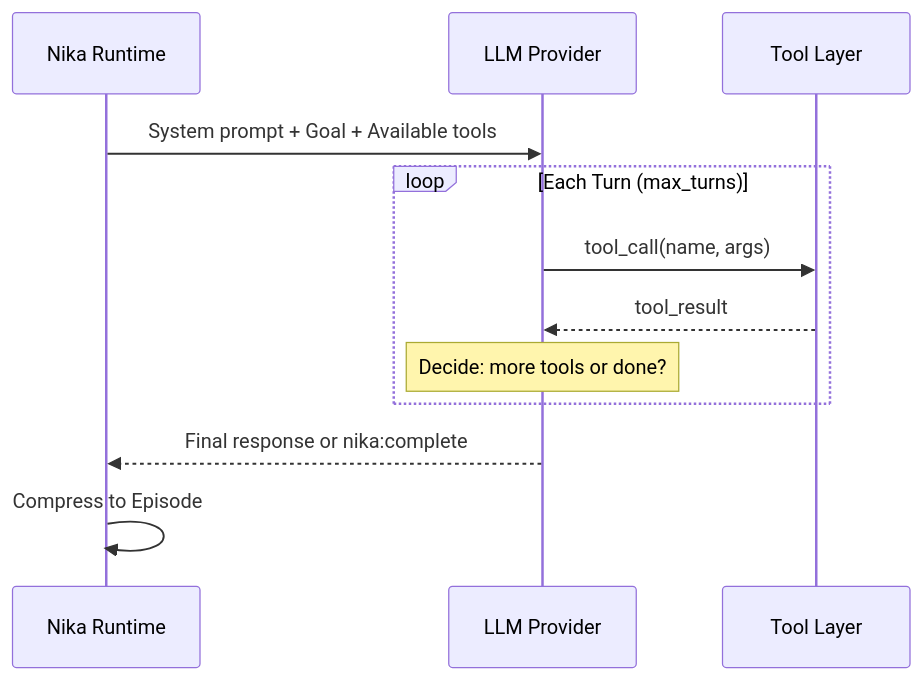
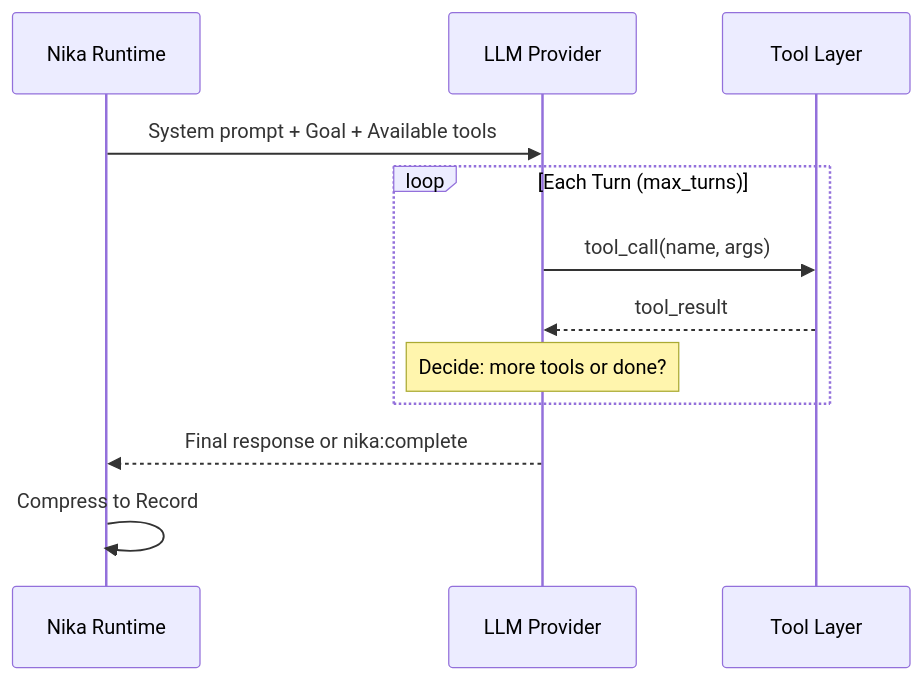
Before and after one commit to supernovae-st/nika: the seventh of 23 diagrams in docs/brainstorm/nika-evolution/11-nika-030-technical-reference.md, drawn with Mermaid. The commit also changed other lines of this file and 12 other files, not shown here.

````diff
--- a/docs/brainstorm/nika-evolution/11-nika-030-technical-reference.md
+++ b/docs/brainstorm/nika-evolution/11-nika-030-technical-reference.md
@@ -431,15 +431,15 @@
 ```mermaid
 sequenceDiagram
     participant RT as Nika Runtime
     participant LLM as LLM Provider
     participant TOOLS as Tool Layer
 
     RT->>LLM: System prompt + Goal + Available tools
     loop Each Turn (max_turns)
         LLM->>TOOLS: tool_call(name, args)
         TOOLS-->>LLM: tool_result
         Note over LLM: Decide: more tools or done?
     end
     LLM-->>RT: Final response or nika:complete
-    RT->>RT: Compress to Episode
+    RT->>RT: Compress to Record
 ```
````
